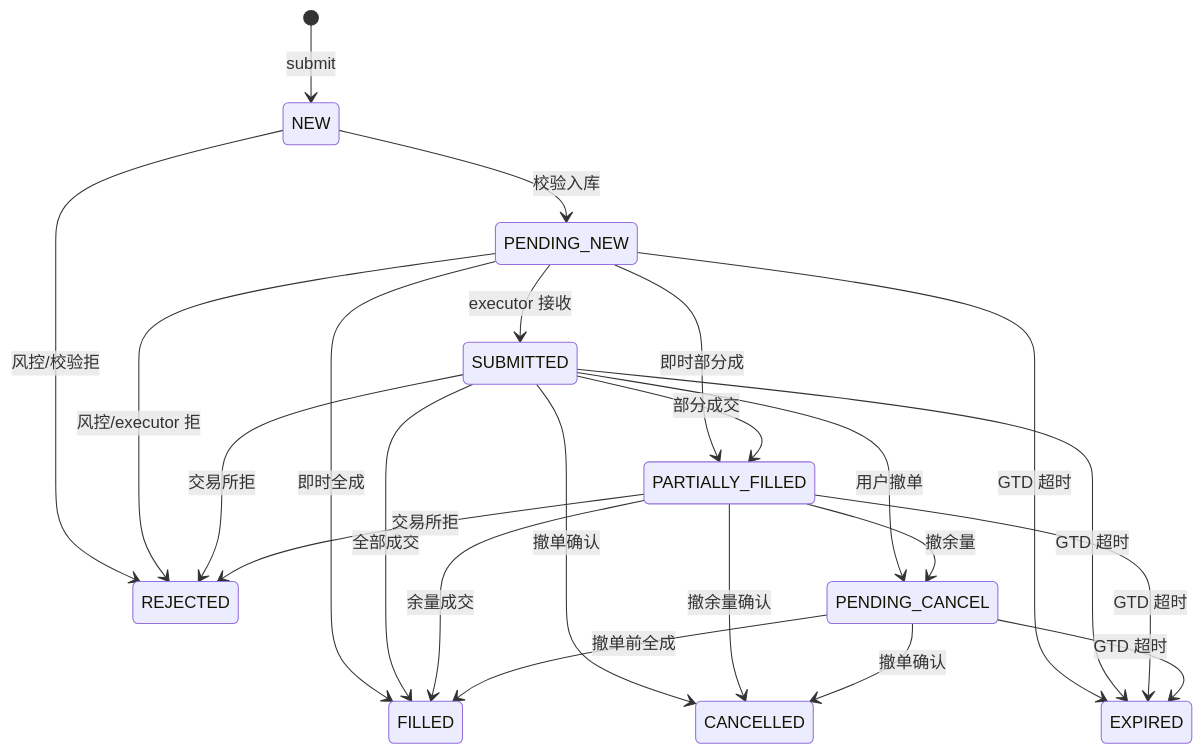
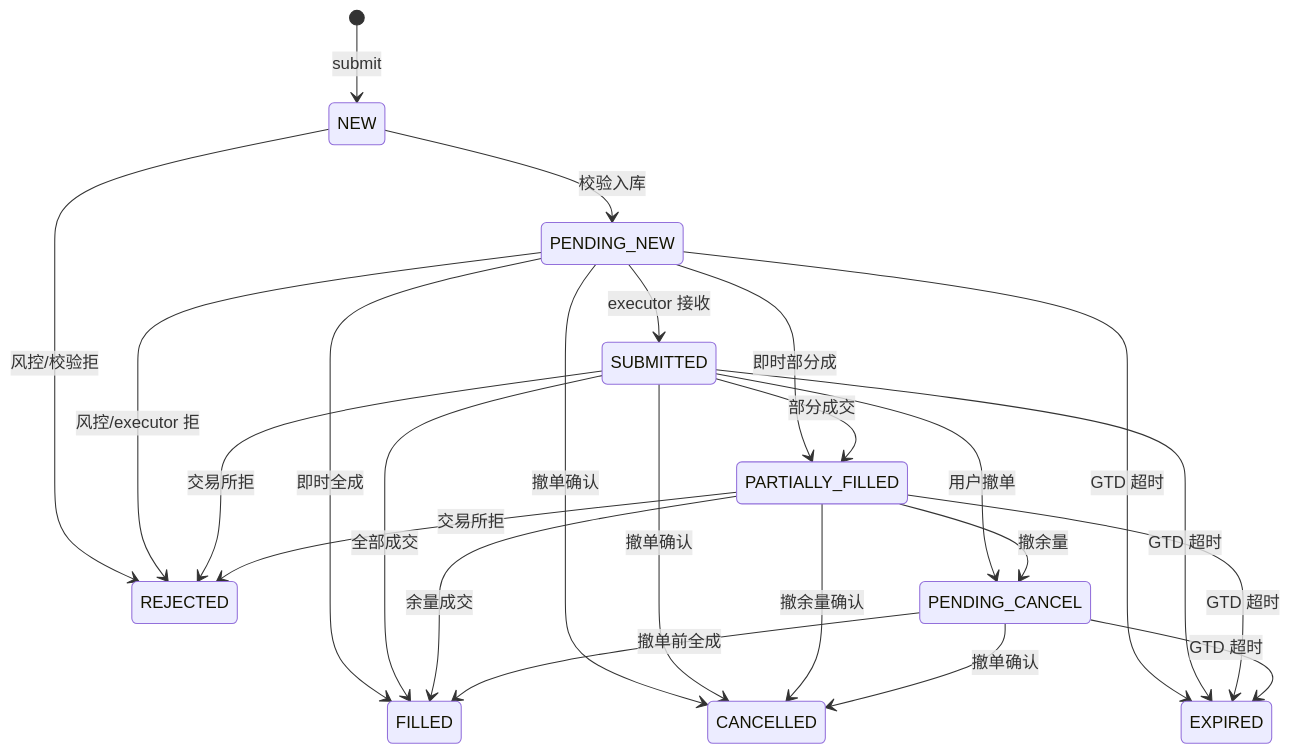
One commit to huiboxes/kwikquant changed the diagram in docs/behavior-contract.md. Above: the diagram before and after it, drawn with Mermaid. The commit also changed other lines of this file and 33 other files, not shown here.

````diff
--- a/docs/behavior-contract.md
+++ b/docs/behavior-contract.md
@@ -86,25 +87,26 @@
 ```mermaid
 stateDiagram-v2
     [*] --> NEW: submit
     NEW --> PENDING_NEW: 校验入库
     NEW --> REJECTED: 风控/校验拒
     PENDING_NEW --> SUBMITTED: executor 接收
     PENDING_NEW --> FILLED: 即时全成
     PENDING_NEW --> PARTIALLY_FILLED: 即时部分成
+    PENDING_NEW --> CANCELLED: 撤单确认
     PENDING_NEW --> REJECTED: 风控/executor 拒
     PENDING_NEW --> EXPIRED: GTD 超时
     SUBMITTED --> PARTIALLY_FILLED: 部分成交
     SUBMITTED --> FILLED: 全部成交
     SUBMITTED --> PENDING_CANCEL: 用户撤单
     SUBMITTED --> CANCELLED: 撤单确认
     SUBMITTED --> REJECTED: 交易所拒
     SUBMITTED --> EXPIRED: GTD 超时
     PARTIALLY_FILLED --> FILLED: 余量成交
     PARTIALLY_FILLED --> PENDING_CANCEL: 撤余量
     PARTIALLY_FILLED --> CANCELLED: 撤余量确认
     PARTIALLY_FILLED --> REJECTED: 交易所拒
     PARTIALLY_FILLED --> EXPIRED: GTD 超时
     PENDING_CANCEL --> CANCELLED: 撤单确认
     PENDING_CANCEL --> FILLED: 撤单前全成
     PENDING_CANCEL --> EXPIRED: GTD 超时
 ```
````
